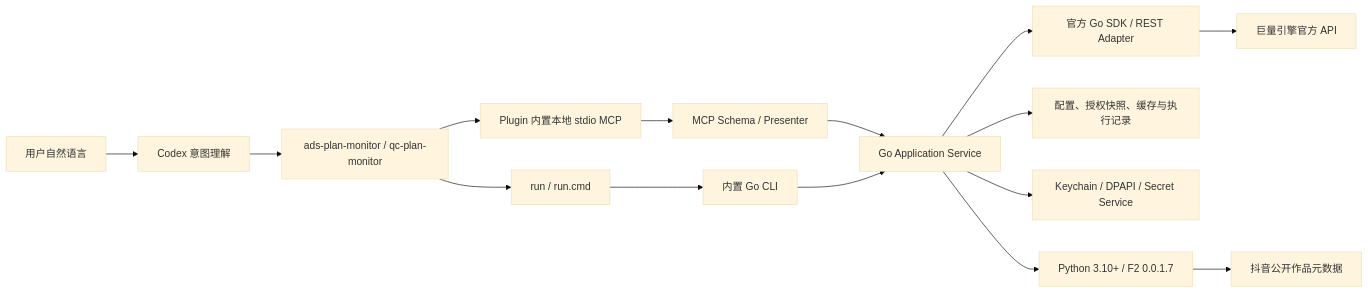
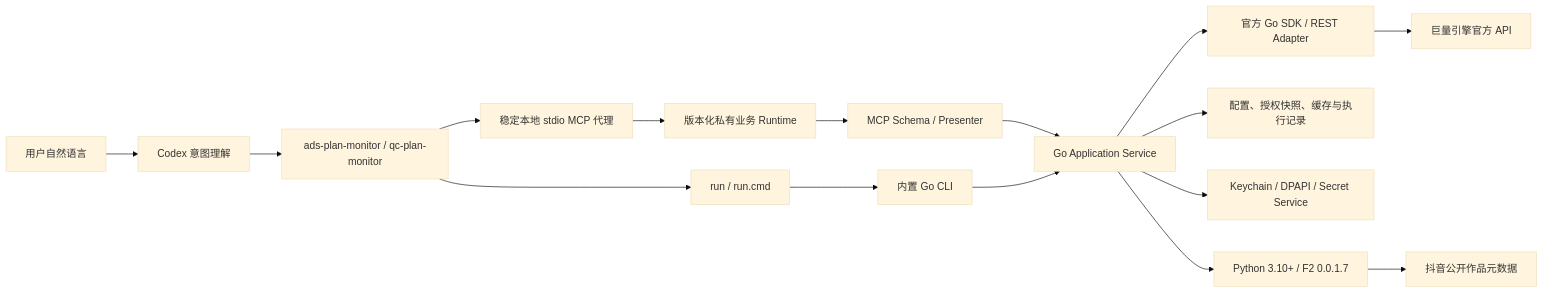
One commit to westng/ocean-watch changed the diagram in docs/architecture.md. Above: the diagram before and after it, drawn with Mermaid (base theme). The commit also changed other lines of this file and 54 other files, not shown here.

````diff
--- a/docs/architecture.md
+++ b/docs/architecture.md
@@ -5,17 +5,18 @@
 ```mermaid
 flowchart LR
     User["用户自然语言"] --> Codex["Codex 意图理解"]
     Codex --> Skill["ads-plan-monitor / qc-plan-monitor"]
-    Skill --> MCP["Plugin 内置本地 stdio MCP"]
-    MCP --> MCPPresenter["MCP Schema / Presenter"]
+    Skill --> MCP["稳定本地 stdio MCP 代理"]
+    MCP --> Runtime["版本化私有业务 Runtime"]
+    Runtime --> MCPPresenter["MCP Schema / Presenter"]
     MCPPresenter --> Application["Go Application Service"]
     Skill --> Launcher["run / run.cmd"]
     Launcher --> Go["内置 Go CLI"]
     Go --> Application
     Application --> SDK["官方 Go SDK / REST Adapter"]
     SDK --> API["巨量引擎官方 API"]
     Application --> State["配置、授权快照、缓存与执行记录"]
     Application --> Secrets["Keychain / DPAPI / Secret Service"]
     Application --> F2["Python 3.10+ / F2 0.0.1.7"]
     F2 --> Public["抖音公开作品元数据"]
 ```
````
